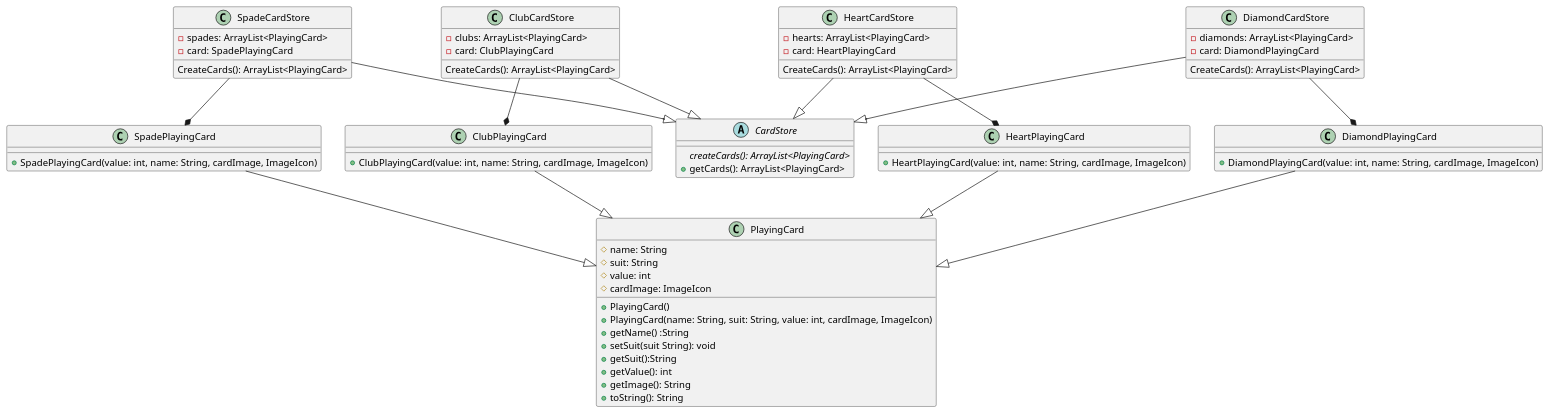
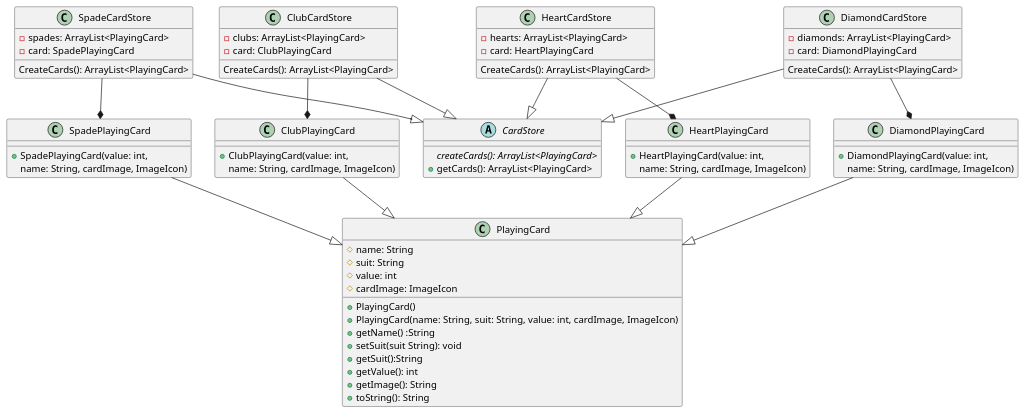
The diagram in UMLS/FactoryMethodPattern.puml (GerardRyan1989/SoftwareDesignPatternsCA), drawn with PlantUML before and after one commit. The commit also changed 28 other files, not shown here.

```diff
--- a/UMLS/FactoryMethodPattern.puml
+++ b/UMLS/FactoryMethodPattern.puml
@@ -1,90 +1,94 @@
 @startuml
 
 
  abstract class CardStore{
     {abstract}createCards(): ArrayList<PlayingCard>
     +getCards(): ArrayList<PlayingCard>
  }
 
 
  Class ClubCardStore{
     -clubs: ArrayList<PlayingCard>
     -card: ClubPlayingCard
     CreateCards(): ArrayList<PlayingCard>
  }
 
 
  Class DiamondCardStore{
     -diamonds: ArrayList<PlayingCard>
     -card: DiamondPlayingCard
     CreateCards(): ArrayList<PlayingCard>
  }
 
 
  Class HeartCardStore{
     -hearts: ArrayList<PlayingCard>
     -card: HeartPlayingCard
     CreateCards(): ArrayList<PlayingCard>
  }
 
 
  Class SpadeCardStore{
     -spades: ArrayList<PlayingCard>
     -card: SpadePlayingCard
     CreateCards(): ArrayList<PlayingCard>
  }
 
 
  class PlayingCard{
        #name: String
        #suit: String
        #value: int
        #cardImage: ImageIcon
        +PlayingCard()
        +PlayingCard(name: String, suit: String, value: int, cardImage, ImageIcon)
        +getName() :String
        +setSuit(suit String): void
        +getSuit():String
        +getValue(): int
        +getImage(): String
        +toString(): String
  }
 
  class ClubPlayingCard{
-    +ClubPlayingCard(value: int, name: String, cardImage, ImageIcon)
+    +ClubPlayingCard(value: int,
+        name: String, cardImage, ImageIcon)
  }
 
  class HeartPlayingCard{
-    +HeartPlayingCard(value: int, name: String, cardImage, ImageIcon)
+    +HeartPlayingCard(value: int,
+        name: String, cardImage, ImageIcon)
  }
 
  class DiamondPlayingCard{
-    +DiamondPlayingCard(value: int, name: String, cardImage, ImageIcon)
+    +DiamondPlayingCard(value: int,
+        name: String, cardImage, ImageIcon)
  }
 
  class SpadePlayingCard{
-    +SpadePlayingCard(value: int, name: String, cardImage, ImageIcon)
+    +SpadePlayingCard(value: int,
+        name: String, cardImage, ImageIcon)
  }
 
 
  ClubPlayingCard --|> PlayingCard
  HeartPlayingCard --|> PlayingCard
  DiamondPlayingCard --|> PlayingCard
  SpadePlayingCard --|> PlayingCard
 
  ClubCardStore --* ClubPlayingCard
  HeartCardStore --* HeartPlayingCard
  DiamondCardStore --* DiamondPlayingCard
  SpadeCardStore --* SpadePlayingCard
 
 
  ClubCardStore --|> CardStore
  DiamondCardStore --|> CardStore
  HeartCardStore --|> CardStore
  SpadeCardStore --|> CardStore
 
 
 
 
 
 @enduml
```
